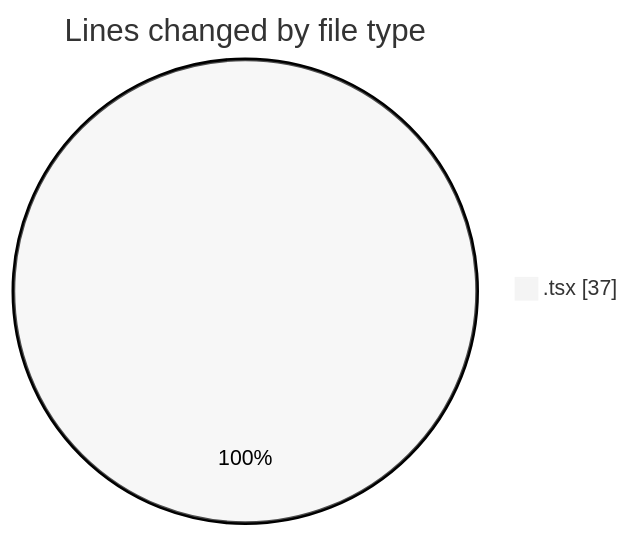
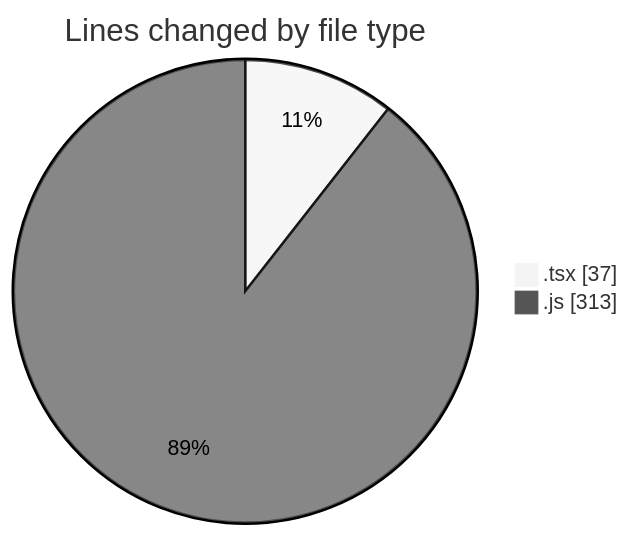
One commit to Elitesun/code-tracking changed the first of 2 diagrams in 2025-05-11/elitesun/README.md. Above: the diagram before and after it, drawn with Mermaid (neutral theme). The commit also changed other lines of this file and 1 other file, not shown here.

````diff
--- a/2025-05-11/elitesun/README.md
+++ b/2025-05-11/elitesun/README.md
@@ -20,5 +21,6 @@
 ```mermaid
 pie showData
 title Lines changed by file type
 ".tsx" : 37
+".js" : 313
 ```
````
